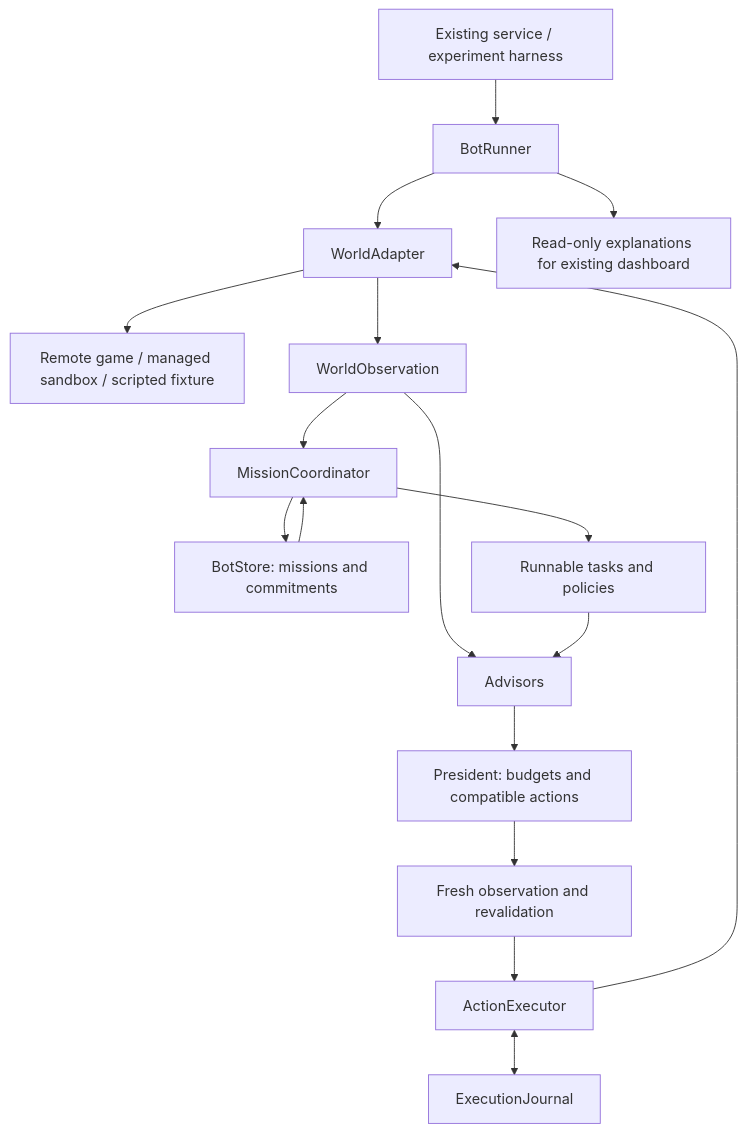
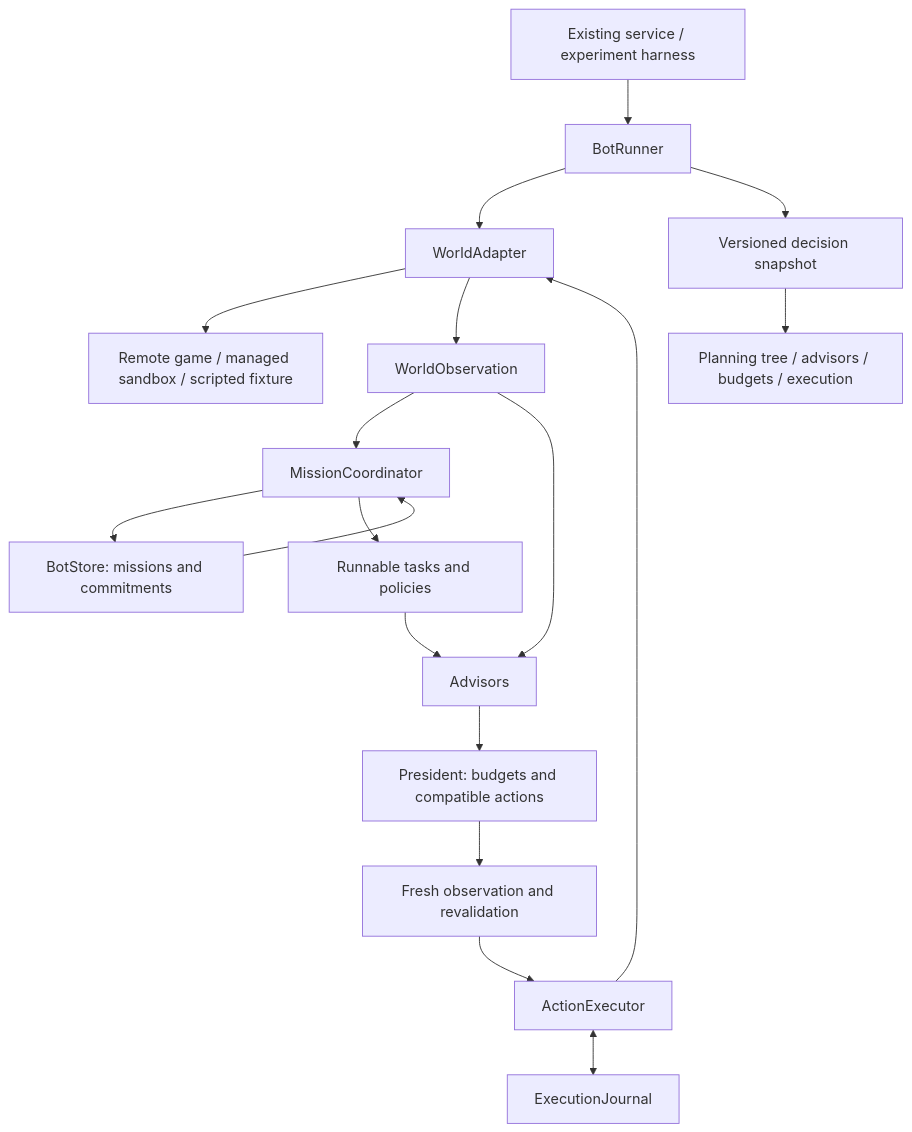
Before and after one commit to alexvelea/norm-steward-bot: the first of 2 diagrams in docs/bot-refactor-design.md, drawn with Mermaid. The commit also changed other lines of this file, not shown here.

Commit message:
Refine bot architecture and require planning UI redesign

````diff
--- a/docs/bot-refactor-design.md
+++ b/docs/bot-refactor-design.md
@@ -52,19 +60,20 @@
 ```mermaid
 flowchart TD
     Host[Existing service / experiment harness] --> Runner[BotRunner]
     Runner --> Adapter[WorldAdapter]
     Adapter --> Remote[Remote game / managed sandbox / scripted fixture]
     Adapter --> Observation[WorldObservation]
     Memory[BotStore: missions and commitments] --> Missions[MissionCoordinator]
     Observation --> Missions
     Missions --> Memory
     Missions --> Tasks[Runnable tasks and policies]
     Observation --> Advisors[Advisors]
     Tasks --> Advisors
     Advisors --> President[President: budgets and compatible actions]
     President --> Recheck[Fresh observation and revalidation]
     Recheck --> Executor[ActionExecutor]
     Executor --> Adapter
     Executor <--> Journal[ExecutionJournal]
-    Runner --> View[Read-only explanations for existing dashboard]
+    Runner --> View[Versioned decision snapshot]
+    View --> Dashboard[Planning tree / advisors / budgets / execution]
 ```
````
